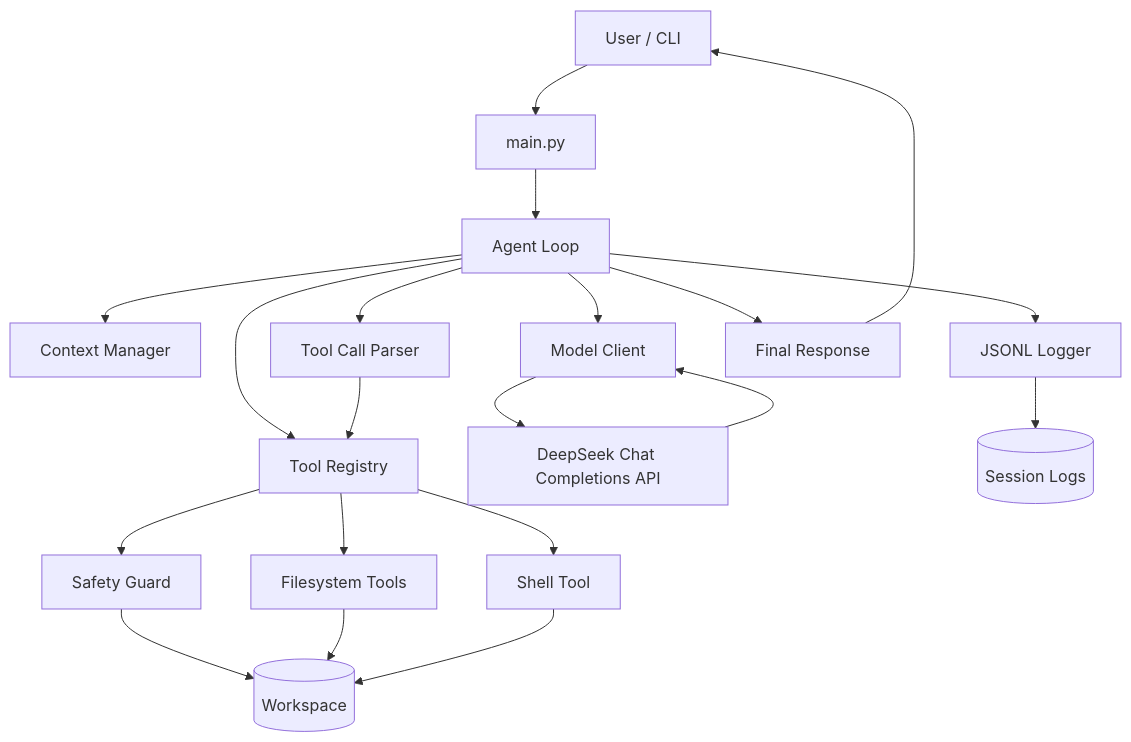
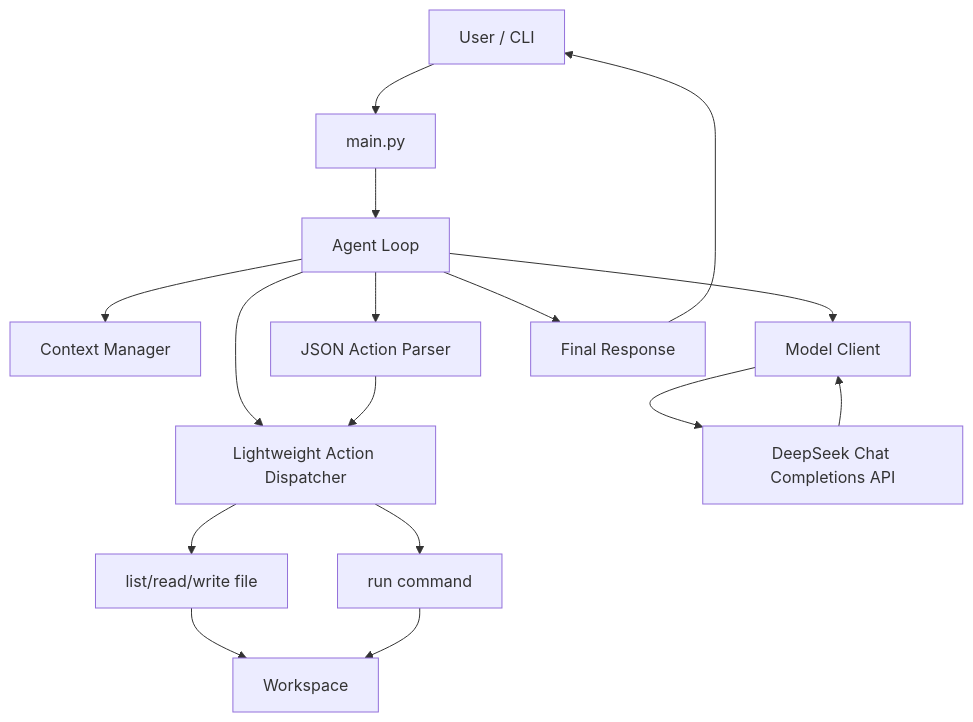
The first of 3 diagrams in 开发文档/05_Harness架构图.md (Konoha-Kai/nju_coding_agent), drawn with Mermaid before and after one commit. The commit also changed other lines of this file and 16 other files, not shown here.

````diff
--- a/开发文档/05_Harness架构图.md
+++ b/开发文档/05_Harness架构图.md
@@ -5,28 +5,23 @@
 ```mermaid
 flowchart TB
     User[User / CLI] --> Main[main.py]
     Main --> Agent[Agent Loop]
     Agent --> Context[Context Manager]
-    Agent --> Registry[Tool Registry]
+    Agent --> Actions[Lightweight Action Dispatcher]
     Agent --> ModelClient[Model Client]
 
     ModelClient --> DeepSeek[DeepSeek Chat Completions API]
     DeepSeek --> ModelClient
 
-    Agent --> Parser[Tool Call Parser]
-    Parser --> Registry
+    Agent --> Parser[JSON Action Parser]
+    Parser --> Actions
 
-    Registry --> FS[Filesystem Tools]
-    Registry --> Shell[Shell Tool]
-    Registry --> Safety[Safety Guard]
+    Actions --> FS[list/read/write file]
+    Actions --> Shell[run command]
 
-    Safety --> Workspace[(Workspace)]
     FS --> Workspace
     Shell --> Workspace
-
-    Agent --> Logger[JSONL Logger]
-    Logger --> SessionLog[(Session Logs)]
 
     Agent --> Result[Final Response]
     Result --> User
 ```
````
